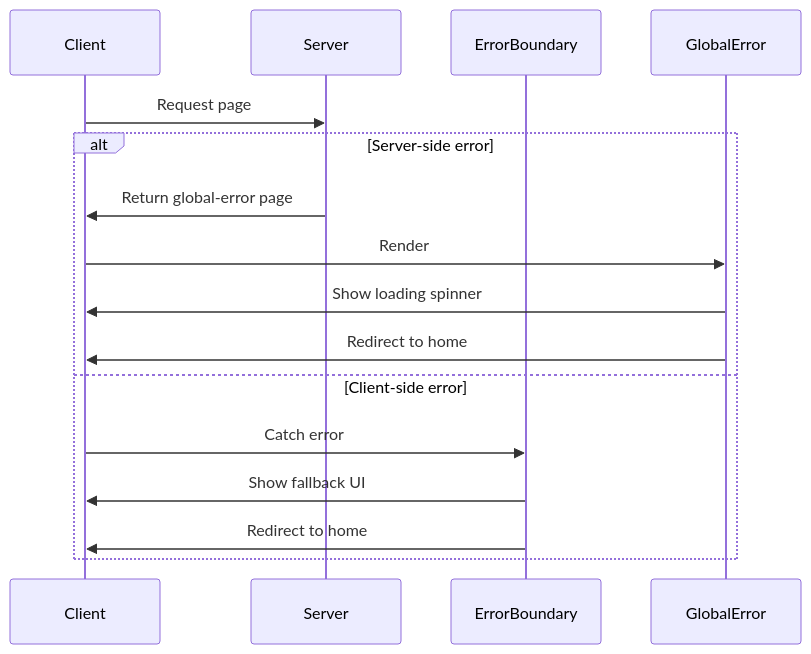
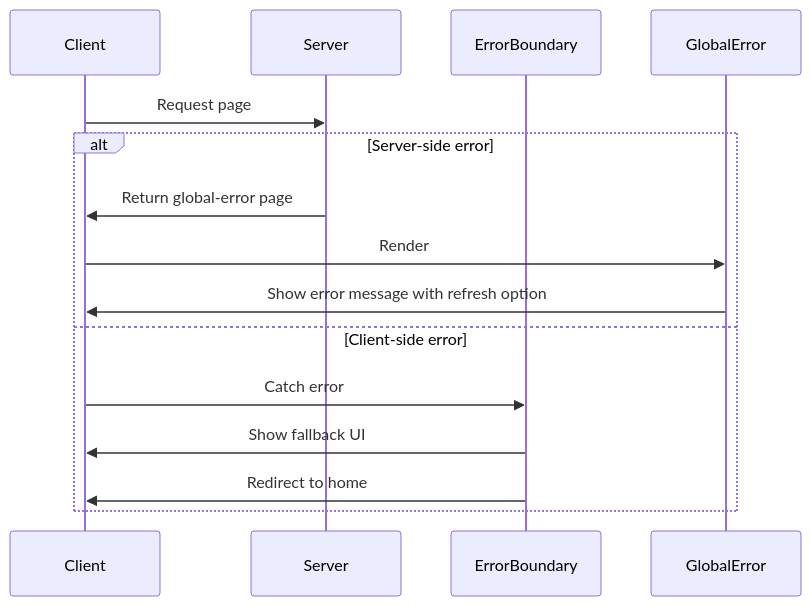
The fifth of 6 diagrams in .qoder/repowiki/en/content/Error Boundary Implementation.md (amiirbazzii/Expense-Tracker---Warp), drawn with Mermaid before and after one commit. The commit also changed other lines of this file and 16 other files, not shown here.

````diff
--- a/.qoder/repowiki/en/content/Error Boundary Implementation.md
+++ b/.qoder/repowiki/en/content/Error Boundary Implementation.md
@@ -197,18 +207,17 @@
 ```mermaid
 sequenceDiagram
 participant Client
 participant Server
 participant ErrorBoundary
 participant GlobalError
 Client->>Server : Request page
 alt Server-side error
 Server->>Client : Return global-error page
 Client->>GlobalError : Render
-GlobalError->>Client : Show loading spinner
-GlobalError->>Client : Redirect to home
+GlobalError->>Client : Show error message with refresh option
 else Client-side error
 Client->>ErrorBoundary : Catch error
 ErrorBoundary->>Client : Show fallback UI
 ErrorBoundary->>Client : Redirect to home
 end
 ```
````
